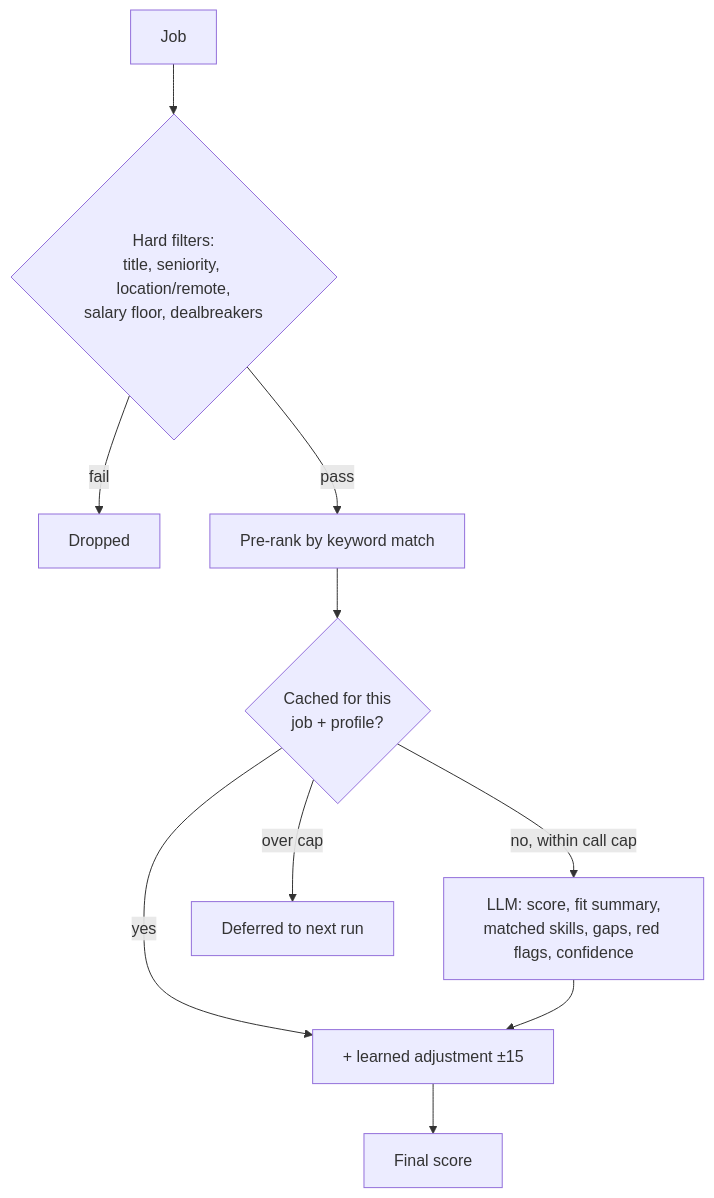
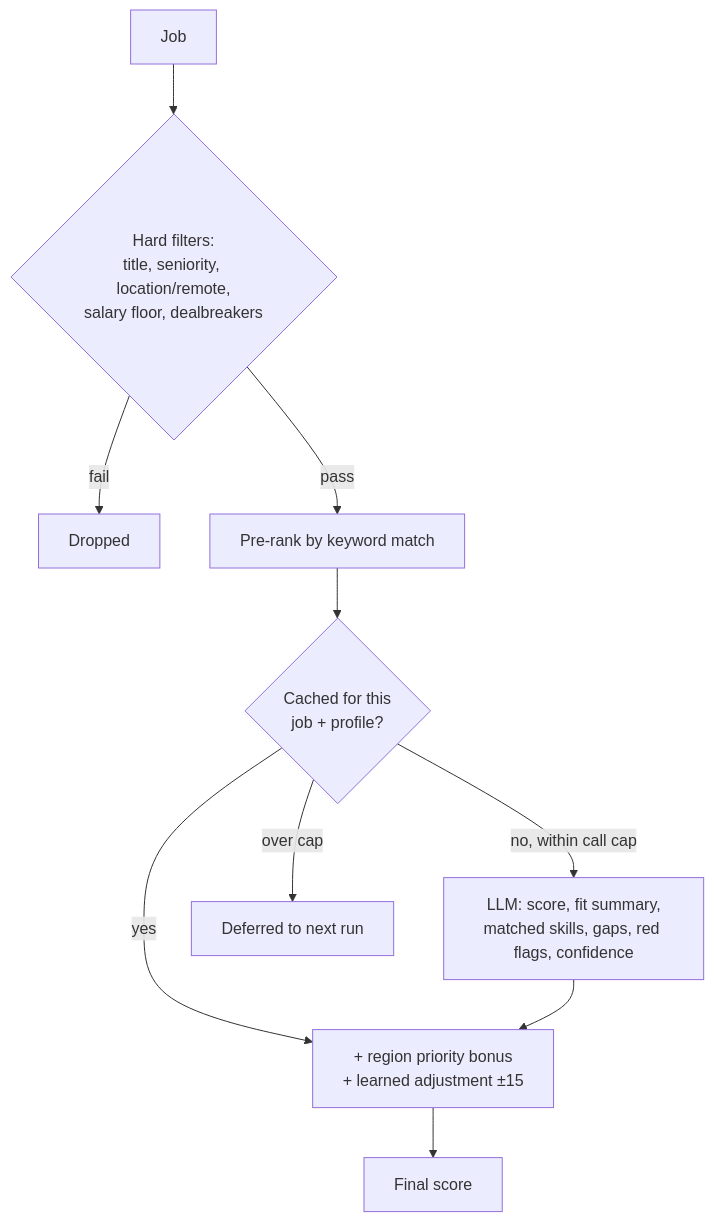
Before and after one commit to adamsdenniskariuki/fitto: the second of 5 diagrams in README.md, drawn with Mermaid. The commit also changed other lines of this file and 9 other files, not shown here.

First line of the commit message:
Prioritise jobs by region (locations.priority) (#17)

````diff
--- a/README.md
+++ b/README.md
@@ -57,12 +57,12 @@
 ```mermaid
 flowchart TD
   J[Job] --> HF{Hard filters:<br/>title, seniority, location/remote,<br/>salary floor, dealbreakers}
   HF -- fail --> X[Dropped]
   HF -- pass --> PR[Pre-rank by keyword match]
   PR --> C{Cached for this<br/>job + profile?}
   C -- yes --> A
   C -- no, within call cap --> L[LLM: score, fit summary,<br/>matched skills, gaps, red flags, confidence]
   C -- over cap --> DEF[Deferred to next run]
-  L --> A[+ learned adjustment ±15]
+  L --> A[+ region priority bonus<br/>+ learned adjustment ±15]
   A --> FS[Final score]
 ```
````
